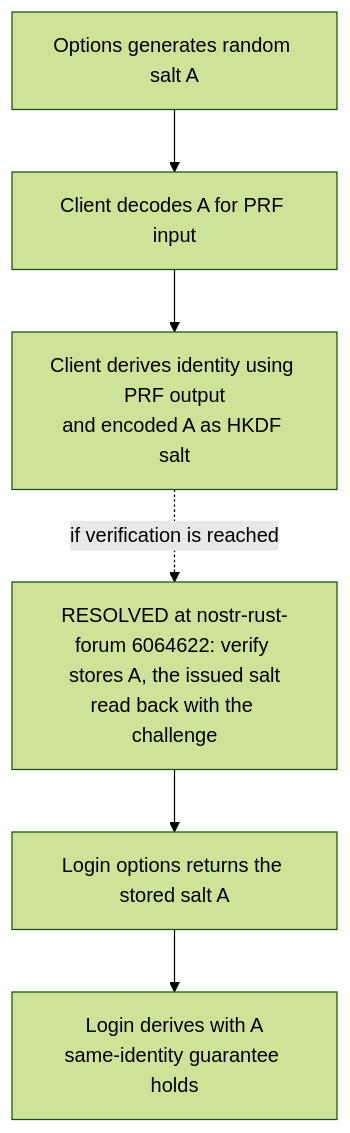
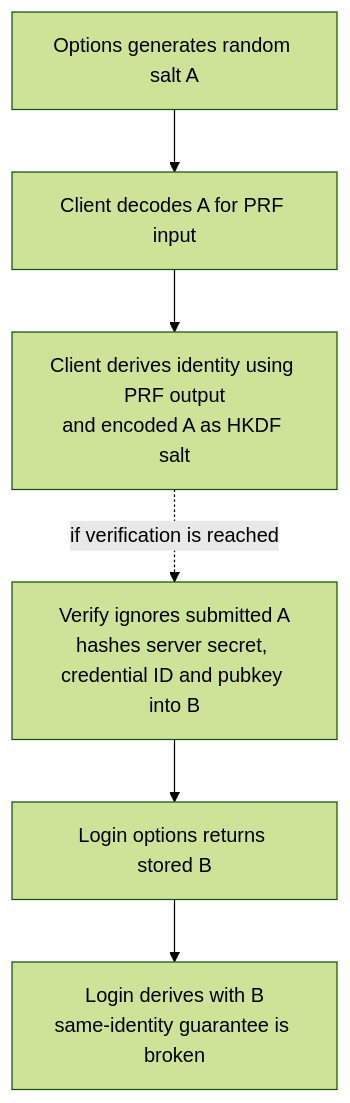
The second of 8 diagrams in docs/diagrams/nostr-rust-forum/23-passkey-client-worker-contracts.md (DreamLab-AI/VisionFlow), drawn with Mermaid (forest theme) before and after one commit. The commit also changed other lines of this file and 18 other files, not shown here.

First line of the commit message:
docs(diagrams): successor-only repair convention and aliases in the gate; external-triage corpus fixes and register rows

````diff
--- a/docs/diagrams/nostr-rust-forum/23-passkey-client-worker-contracts.md
+++ b/docs/diagrams/nostr-rust-forum/23-passkey-client-worker-contracts.md
@@ -53,17 +56,17 @@
 ```mermaid
 flowchart TB
-    %% Source: ../nostr-rust-forum/crates/nostr-bbs-auth-worker/src/webauthn.rs:783
+    %% Source: ../nostr-rust-forum/crates/nostr-bbs-auth-worker/src/webauthn.rs:739
     A["Options generates random salt A"]
     %% Source: ../nostr-rust-forum/crates/nostr-bbs-forum-client/src/auth/webauthn.rs:65
     B["Client decodes A for PRF input"]
     %% Source: ../nostr-rust-forum/crates/nostr-bbs-forum-client/src/auth/passkey.rs:153
     C["Client derives identity using PRF output<br/>and encoded A as HKDF salt"]
-    %% Source: ../nostr-rust-forum/crates/nostr-bbs-auth-worker/src/webauthn.rs:1077
-    D["RESOLVED at nostr-rust-forum 6064622: verify stores A, the issued salt<br/>read back with the challenge"]
-    %% Source: ../nostr-rust-forum/crates/nostr-bbs-auth-worker/src/webauthn.rs:1186
-    E["Login options returns the stored salt A"]
-    %% Source: ../nostr-rust-forum/crates/nostr-bbs-forum-client/src/auth/passkey.rs:274
-    F["Login derives with A<br/>same-identity guarantee holds"]
+    %% Source: ../nostr-rust-forum/crates/nostr-bbs-auth-worker/src/webauthn.rs:1022
+    D["Verify ignores submitted A<br/>hashes server secret, credential ID and pubkey into B"]
+    %% Source: ../nostr-rust-forum/crates/nostr-bbs-auth-worker/src/webauthn.rs:1128
+    E["Login options returns stored B"]
+    %% Source: ../nostr-rust-forum/crates/nostr-bbs-forum-client/src/auth/passkey.rs:264
+    F["Login derives with B<br/>same-identity guarantee is broken"]
     A --> B --> C
     C -. "if verification is reached" .-> D --> E --> F
 ```
````
